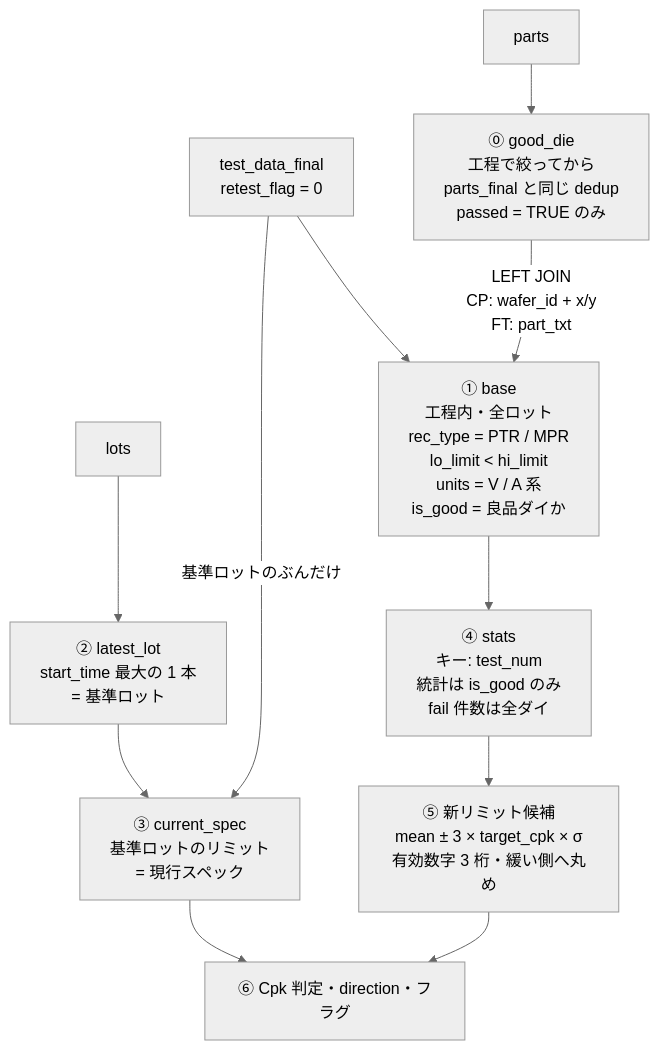
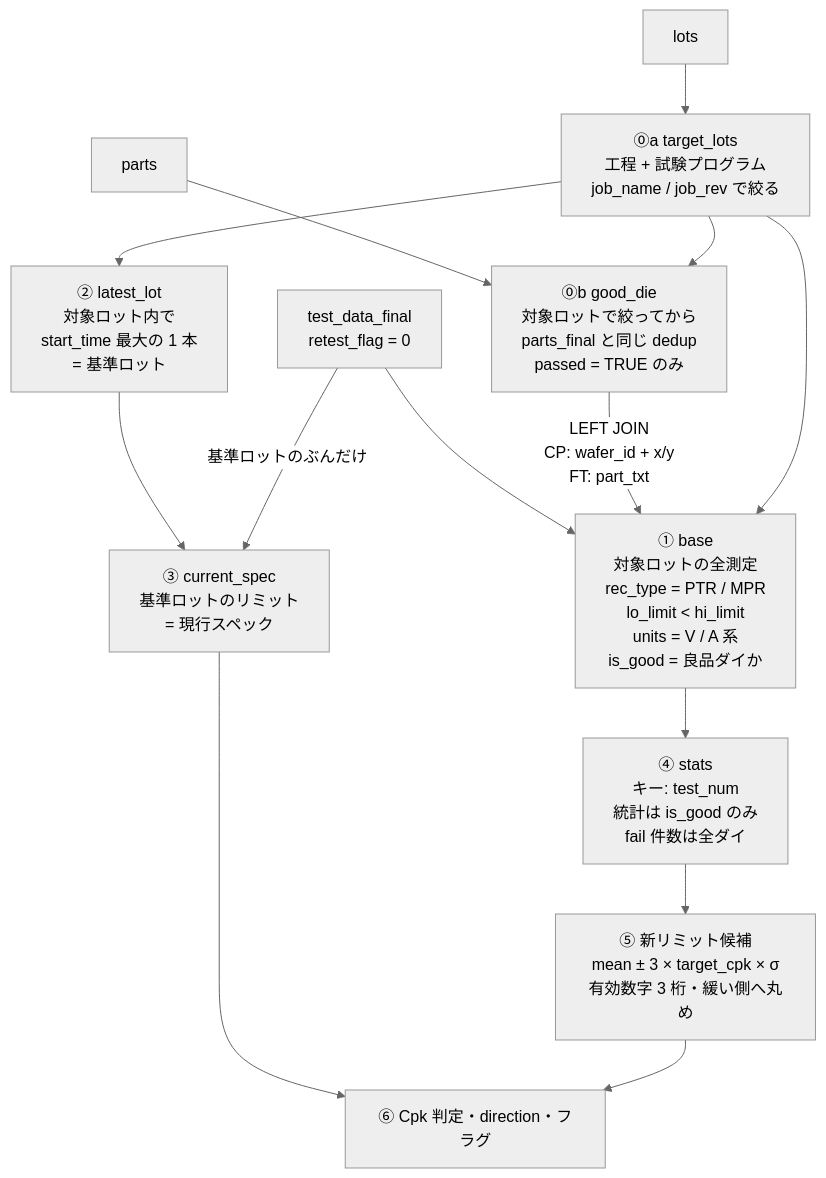
One commit to Kei0bb/STDF changed the first of 2 diagrams in docs/sample_queries.md. Above: the diagram before and after it, drawn with Mermaid (neutral theme). The commit also changed other lines of this file, not shown here.

First line of the commit message:
feat: sample query 8-2 に試験プログラム（job_name / job_rev）絞り込みを追加

````diff
--- a/docs/sample_queries.md
+++ b/docs/sample_queries.md
@@ -703,16 +707,19 @@
 ```mermaid
 flowchart TD
-    PA["parts"] --> GD["⓪ good_die<br/>工程で絞ってから<br/>parts_final と同じ dedup<br/>passed = TRUE のみ"]
+    PA["parts"] --> GD["⓪b good_die<br/>対象ロットで絞ってから<br/>parts_final と同じ dedup<br/>passed = TRUE のみ"]
     TD["test_data_final<br/>retest_flag = 0"] --> BASE
     GD -->|"LEFT JOIN<br/>CP: wafer_id + x/y<br/>FT: part_txt"| BASE
-    BASE["① base<br/>工程内・全ロット<br/>rec_type = PTR / MPR<br/>lo_limit &lt; hi_limit<br/>units = V / A 系<br/>is_good = 良品ダイか"]
+    BASE["① base<br/>対象ロットの全測定<br/>rec_type = PTR / MPR<br/>lo_limit &lt; hi_limit<br/>units = V / A 系<br/>is_good = 良品ダイか"]
 
-    LO["lots"] --> LL["② latest_lot<br/>start_time 最大の 1 本<br/>= 基準ロット"]
+    LO["lots"] --> TL["⓪a target_lots<br/>工程 + 試験プログラム<br/>job_name / job_rev で絞る"]
+    TL --> GD
+    TL --> BASE
+    TL --> LL["② latest_lot<br/>対象ロット内で<br/>start_time 最大の 1 本<br/>= 基準ロット"]
     LL --> CS["③ current_spec<br/>基準ロットのリミット<br/>= 現行スペック"]
     TD -->|"基準ロットのぶんだけ"| CS
 
     BASE --> ST["④ stats<br/>キー: test_num<br/>統計は is_good のみ<br/>fail 件数は全ダイ"]
     ST --> CAND["⑤ 新リミット候補<br/>mean ± 3 × target_cpk × σ<br/>有効数字 3 桁・緩い側へ丸め"]
     CS --> JUDGE["⑥ Cpk 判定・direction・フラグ"]
     CAND --> JUDGE
 ```
````
